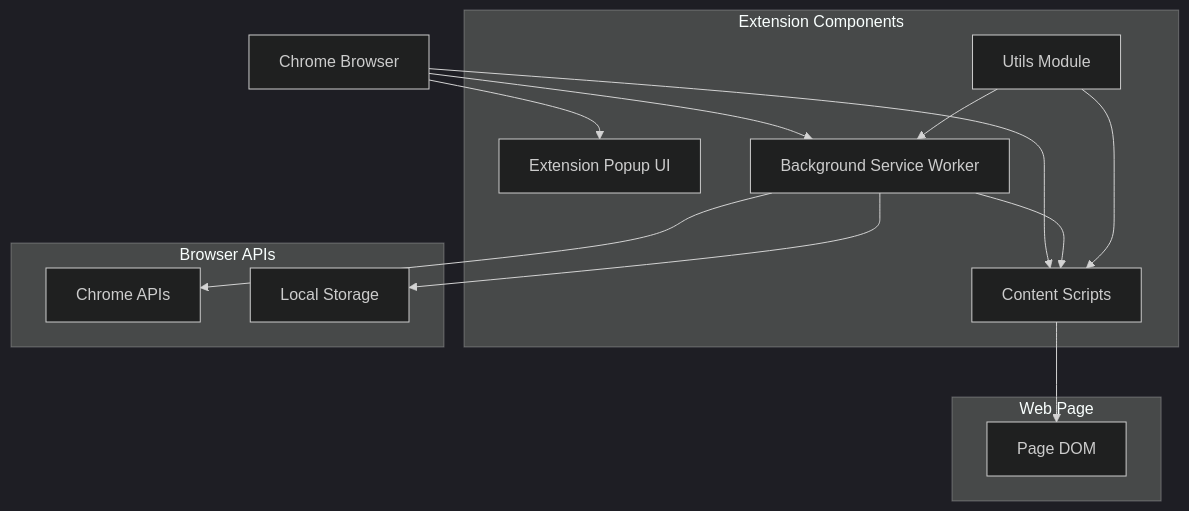
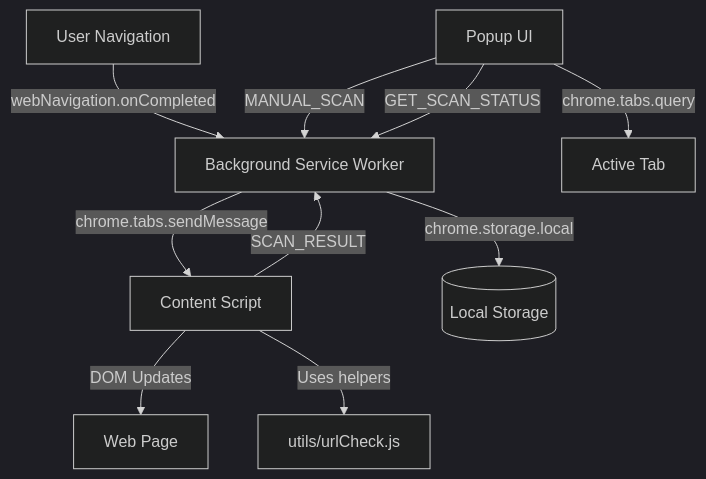
The first of 3 diagrams in .trae/documents/UNSCAMMED_AI_Technical_Architecture.md (Raghavsingla123/UNSCAMMED-AI-BROWSER-EXTENSION), drawn with Mermaid (dark theme) before and after one commit. The commit also changed other lines of this file and 2 other files, not shown here.

Commit message:
Clarify documentation for extension heuristics

````diff
--- a/.trae/documents/UNSCAMMED_AI_Technical_Architecture.md
+++ b/.trae/documents/UNSCAMMED_AI_Technical_Architecture.md
@@ -5,30 +5,12 @@
 ```mermaid
 graph TD
-    A[Chrome Browser] --> B[Extension Popup UI]
-    A --> C[Background Service Worker]
-    A --> D[Content Scripts]
-    
-    C --> E[Chrome APIs]
-    C --> F[Local Storage]
-    C --> D
-    D --> G[Page DOM]
-    
-    H[Utils Module] --> C
-    H --> D
-    
-    subgraph "Extension Components"
-        B
-        C
-        D
-        H
-    end
-    
-    subgraph "Browser APIs"
-        E
-        F
-    end
-    
-    subgraph "Web Page"
-        G
-    end
+    A[User Navigation] -->|webNavigation.onCompleted| B[Background Service Worker]
+    B -->|chrome.tabs.sendMessage| C[Content Script]
+    C -->|SCAN_RESULT| B
+    C -->|DOM Updates| D[Web Page]
+    E[Popup UI] -->|MANUAL_SCAN| B
+    B -->|chrome.storage.local| F[(Local Storage)]
+    C -->|Uses helpers| G[utils/urlCheck.js]
+    E -->|GET_SCAN_STATUS| B
+    E -->|chrome.tabs.query| H[Active Tab]
 ```
````
